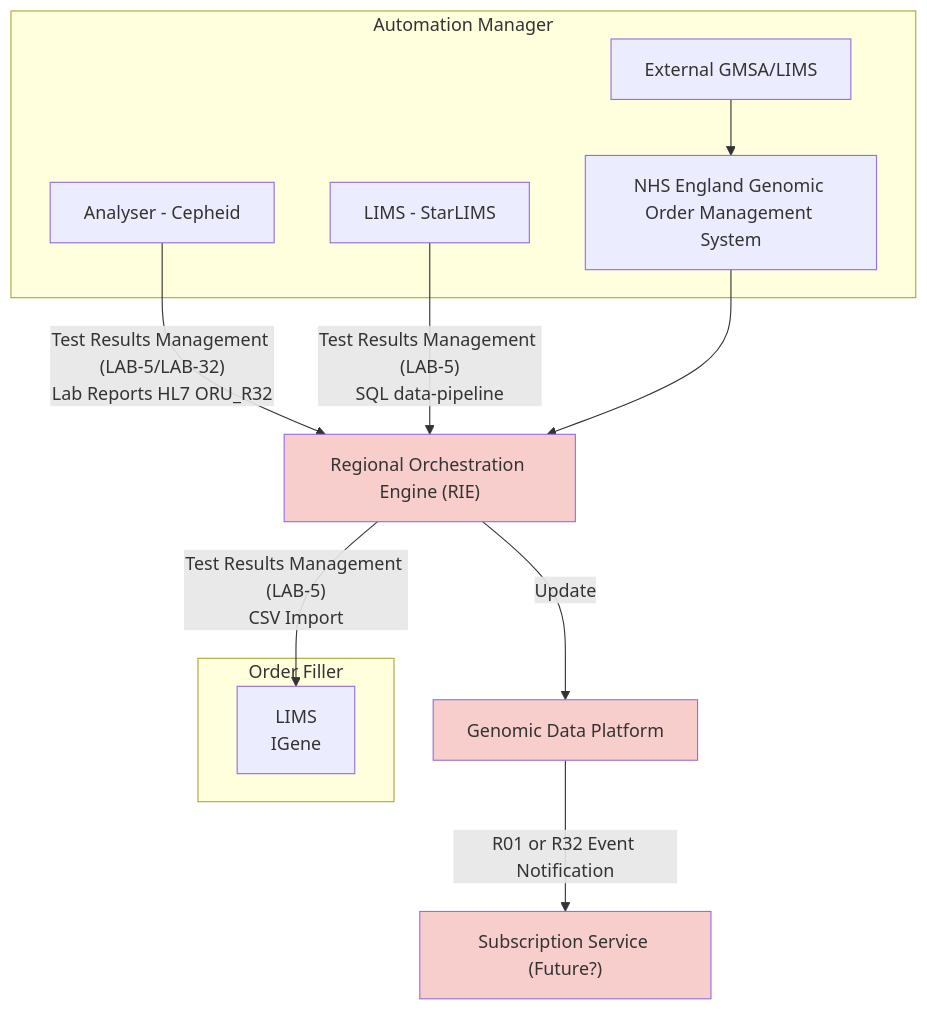
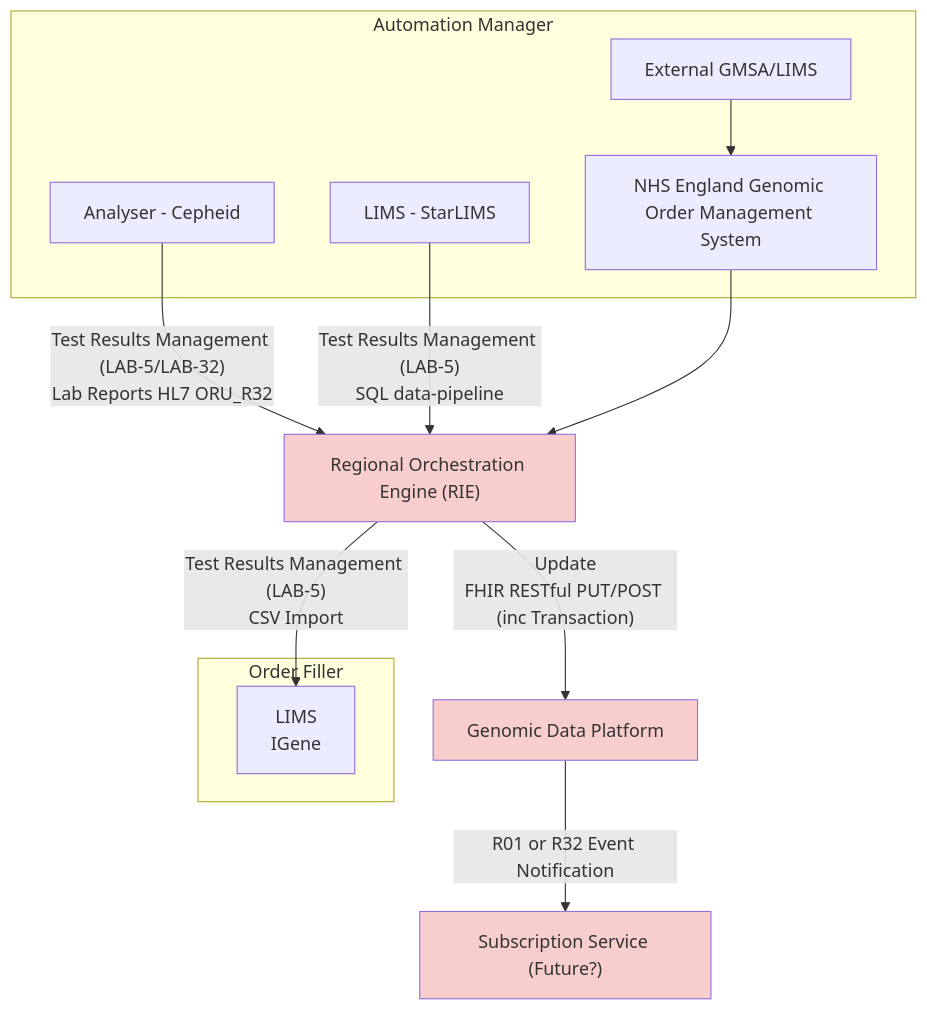
One commit to nw-gmsa/nw-gmsa.github.com changed the tenth of 10 diagrams in input/pagecontent/LTW.md. Above: the diagram before and after it, drawn with Mermaid. The commit also changed other lines of this file, not shown here.

````diff
--- a/input/pagecontent/LTW.md
+++ b/input/pagecontent/LTW.md
@@ -465,35 +465,35 @@
 ```mermaid
 graph TD
 
 subgraph GenomicLIMS["Order Filler"];
     iGene[LIMS<br/>IGene]
 end
 
 subgraph Analyser["Automation Manager"];
     Cepheid[Analyser - Cepheid]
     StarLIMS[LIMS - StarLIMS]
     ExtLIMS[External GMSA/LIMS]
     GOMS["NHS England Genomic Order Management System"] 
     ExtLIMS --> GOMS
 end
 
 
 RIE["Regional Orchestration Engine (RIE)"]
 
 GDP["Genomic Data Platform"]
 PubSub["Subscription Service (Future?)"]
 
-RIE --> |Update| GDP
+RIE --> |"Update<br/>FHIR RESTful PUT/POST (inc Transaction)"| GDP
 GDP --> |R01 or R32 Event Notification| PubSub
 
 Cepheid --> |"Test Results Management (LAB-5/LAB-32)<br/>Lab Reports HL7 ORU_R32"| RIE
 StarLIMS --> |"Test Results Management (LAB-5)<br/>SQL data-pipeline"| RIE
 GOMS --> RIE
 
 RIE --> |"Test Results Management (LAB-5)<br/>CSV Import"| iGene
 
 classDef purple fill:#E1D5E7;
 classDef pink fill:#F8CECC;
 
 class GDP,RIE,PubSub pink;
 ```
````
